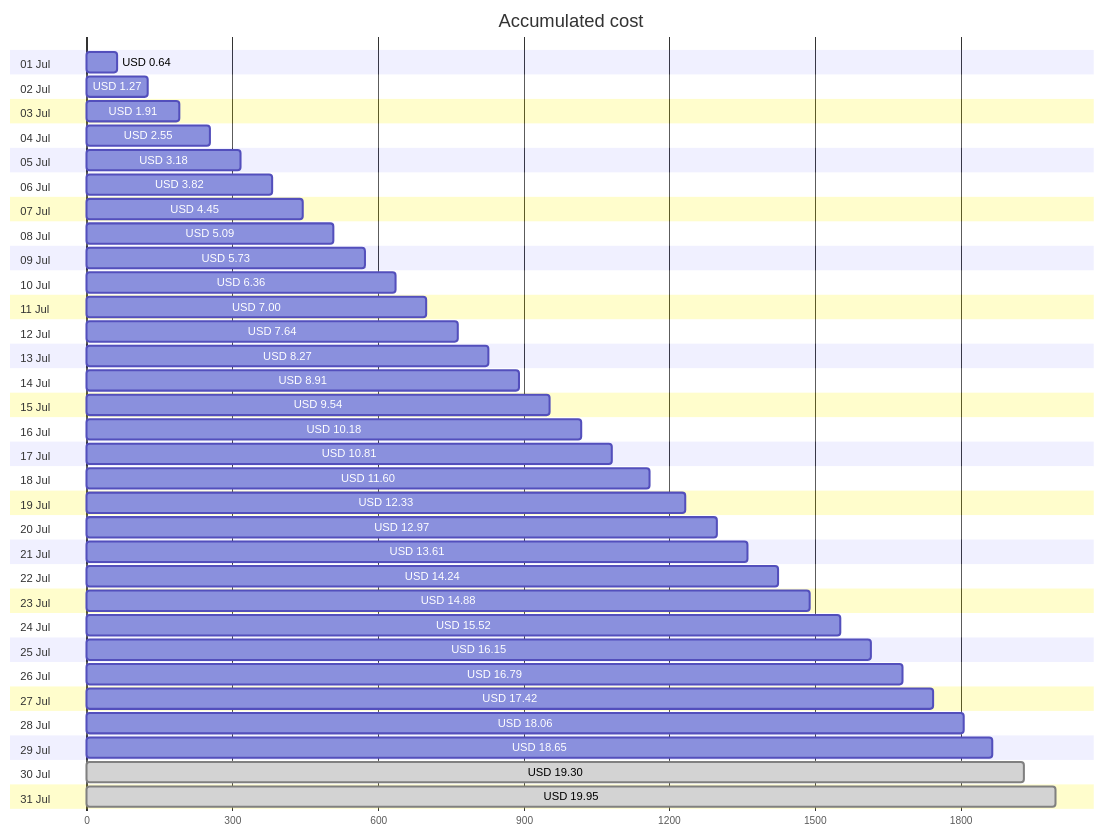
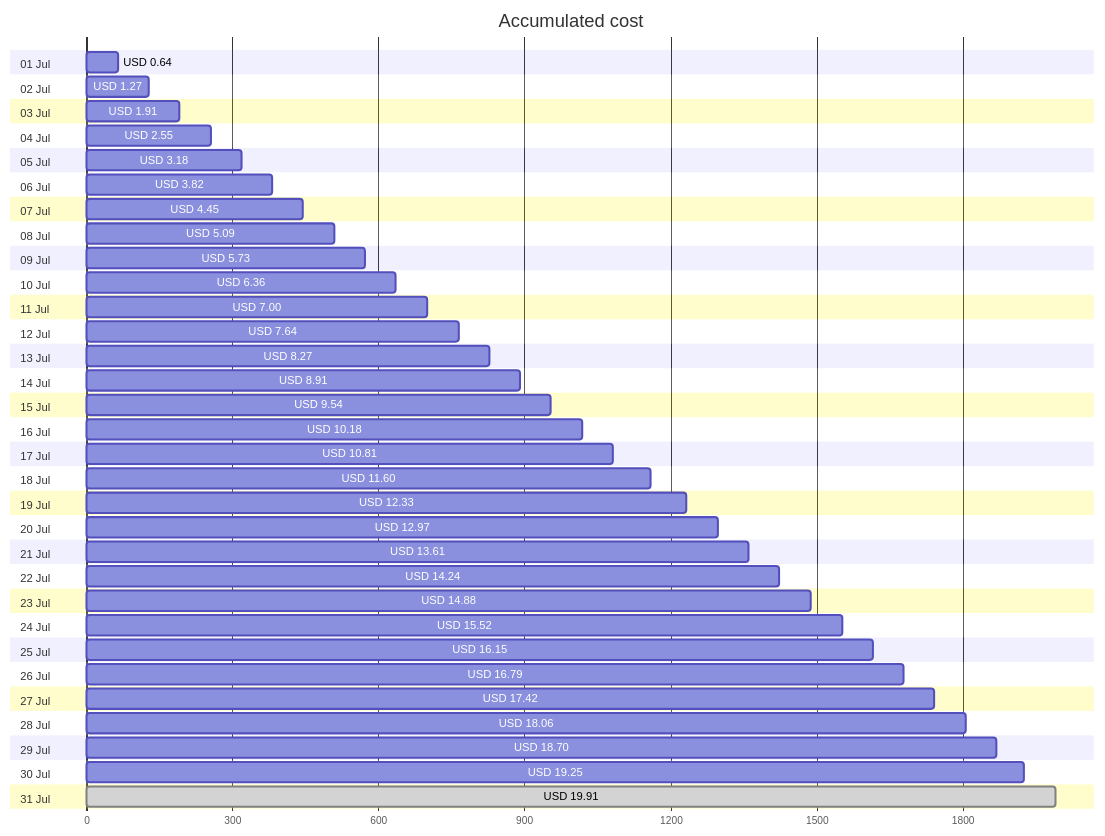
Before and after one commit to jpfulton/azure-personal-reports: the first of 4 diagrams in cost-reports/accumulated-cost.md, drawn with Mermaid. The commit also changed other lines of this file and 4 other files, not shown here.

````diff
--- a/cost-reports/accumulated-cost.md
+++ b/cost-reports/accumulated-cost.md
@@ -20,68 +20,68 @@
 ```mermaid
 gantt
    title Accumulated cost
    dateFormat  X
    axisFormat %s
    section 01 Jul
    USD 0.64 :0, 64
    section 02 Jul
    USD 1.27 :0, 127
    section 03 Jul
    USD 1.91 :0, 191
    section 04 Jul
    USD 2.55 :0, 255
    section 05 Jul
    USD 3.18 :0, 318
    section 06 Jul
    USD 3.82 :0, 382
    section 07 Jul
    USD 4.45 :0, 445
    section 08 Jul
    USD 5.09 :0, 509
    section 09 Jul
    USD 5.73 :0, 573
    section 10 Jul
    USD 6.36 :0, 636
    section 11 Jul
    USD 7.00 :0, 700
    section 12 Jul
    USD 7.64 :0, 764
    section 13 Jul
    USD 8.27 :0, 827
    section 14 Jul
    USD 8.91 :0, 891
    section 15 Jul
    USD 9.54 :0, 954
    section 16 Jul
    USD 10.18 :0, 1018
    section 17 Jul
    USD 10.81 :0, 1081
    section 18 Jul
    USD 11.60 :0, 1160
    section 19 Jul
    USD 12.33 :0, 1233
    section 20 Jul
    USD 12.97 :0, 1297
    section 21 Jul
    USD 13.61 :0, 1361
    section 22 Jul
    USD 14.24 :0, 1424
    section 23 Jul
    USD 14.88 :0, 1488
    section 24 Jul
    USD 15.52 :0, 1552
    section 25 Jul
    USD 16.15 :0, 1615
    section 26 Jul
    USD 16.79 :0, 1679
    section 27 Jul
    USD 17.42 :0, 1742
    section 28 Jul
    USD 18.06 :0, 1806
    section 29 Jul
-   USD 18.65 :0, 1865
+   USD 18.70 :0, 1870
    section 30 Jul
-   USD 19.30 : done, 0, 1930
+   USD 19.25 :0, 1925
    section 31 Jul
-   USD 19.95 : done, 0, 1995
+   USD 19.91 : done, 0, 1991
 ```
````
